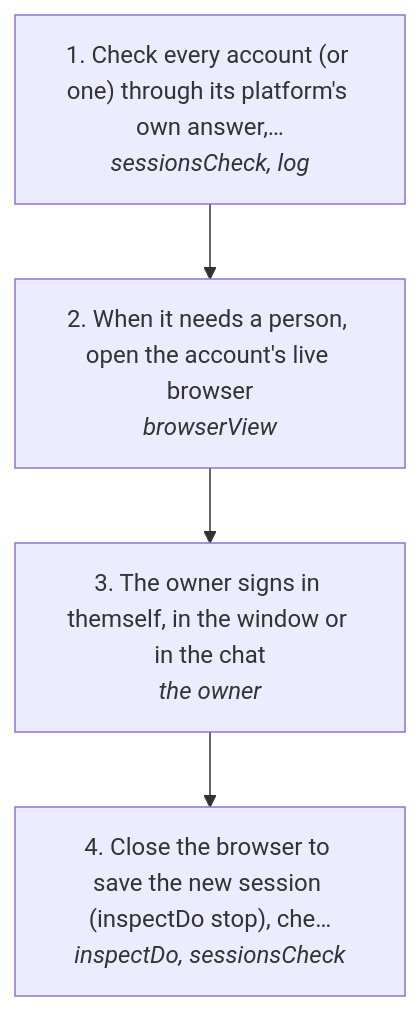
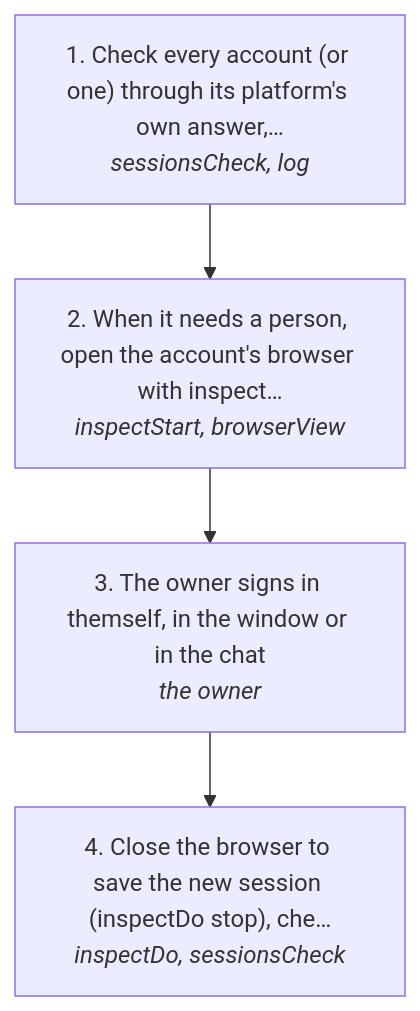
One commit to matthewdonsemail-lab/log changed the diagram in docs/useCases/inbox/signIn.md. Above: the diagram before and after it, drawn with Mermaid. The commit also changed other lines of this file and 267 other files, not shown here.

````diff
--- a/docs/useCases/inbox/signIn.md
+++ b/docs/useCases/inbox/signIn.md
@@ -14,10 +14,10 @@
 ```mermaid
 flowchart TD
   s0["1. Check every account (or one) through its platform's own answer,…<br/><i>sessionsCheck, log</i>"]
-  s1["2. When it needs a person, open the account's live browser<br/><i>browserView</i>"]
+  s1["2. When it needs a person, open the account's browser with inspect…<br/><i>inspectStart, browserView</i>"]
   s2["3. The owner signs in themself, in the window or in the chat<br/><i>the owner</i>"]
   s3["4. Close the browser to save the new session (inspectDo stop), che…<br/><i>inspectDo, sessionsCheck</i>"]
   s0 --> s1
   s1 --> s2
   s2 --> s3
 ```
````
